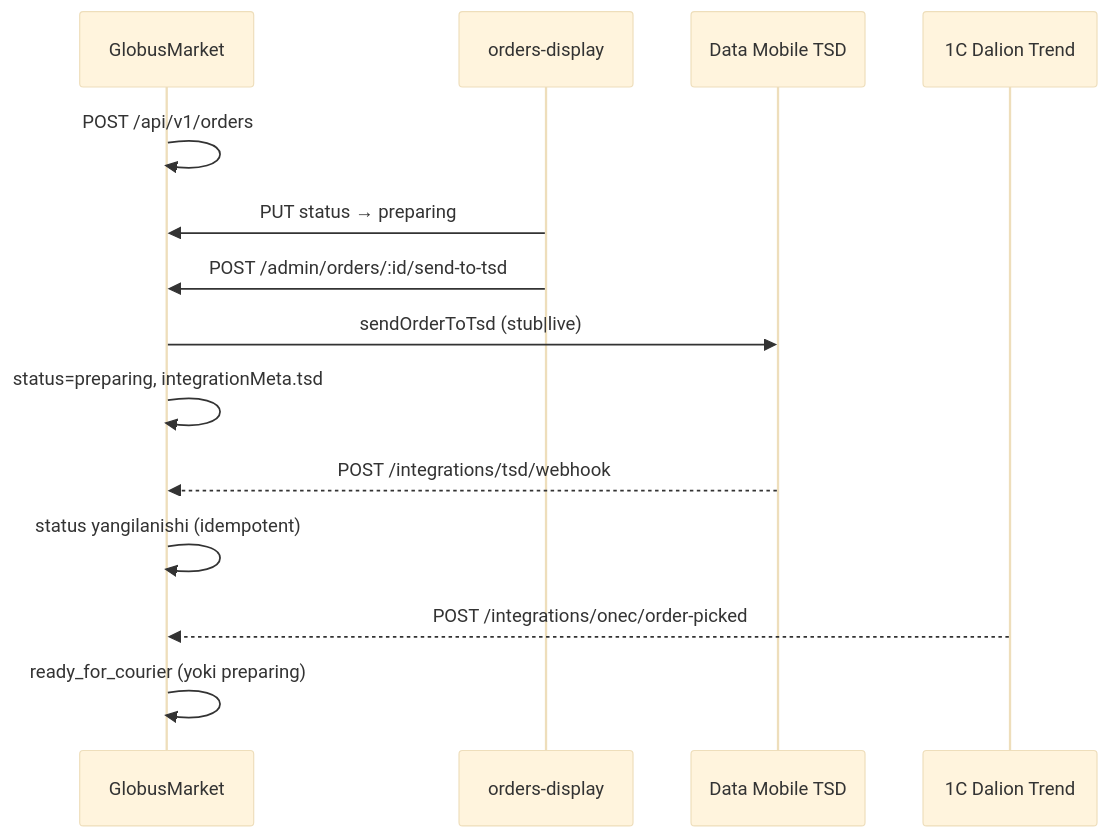
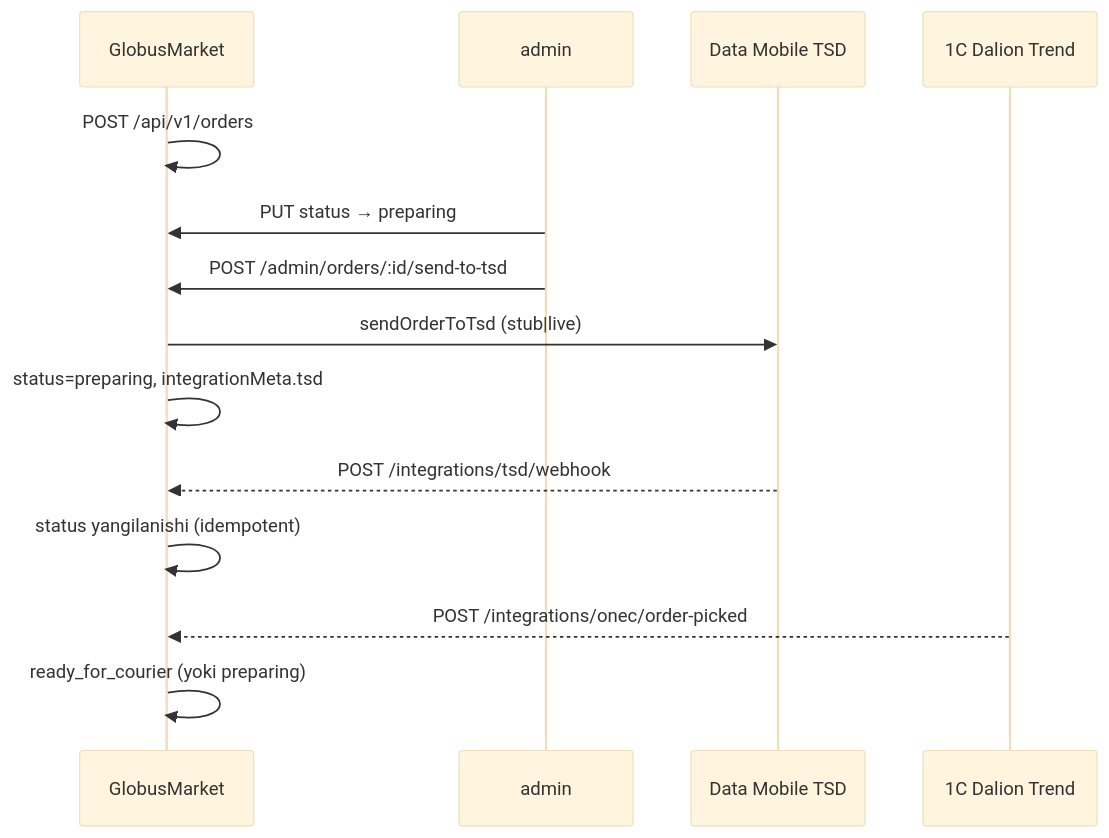
Before and after one commit to davlatbekkhasanov-spec/dalion-mobile-app: the diagram in docs/INTEGRATION.md, drawn with Mermaid (base theme). The commit also changed other lines of this file and 56 other files, not shown here.

````diff
--- a/docs/INTEGRATION.md
+++ b/docs/INTEGRATION.md
@@ -7,17 +7,17 @@
 ```mermaid
 sequenceDiagram
   participant App as GlobusMarket
-  participant Ops as orders-display
+  participant Ops as admin
   participant TSD as Data Mobile TSD
   participant C1 as 1C Dalion Trend
 
   App->>App: POST /api/v1/orders
   Ops->>App: PUT status → preparing
   Ops->>App: POST /admin/orders/:id/send-to-tsd
   App->>TSD: sendOrderToTsd (stub|live)
   App->>App: status=preparing, integrationMeta.tsd
   TSD-->>App: POST /integrations/tsd/webhook
   App->>App: status yangilanishi (idempotent)
   C1-->>App: POST /integrations/onec/order-picked
   App->>App: ready_for_courier (yoki preparing)
 ```
````
